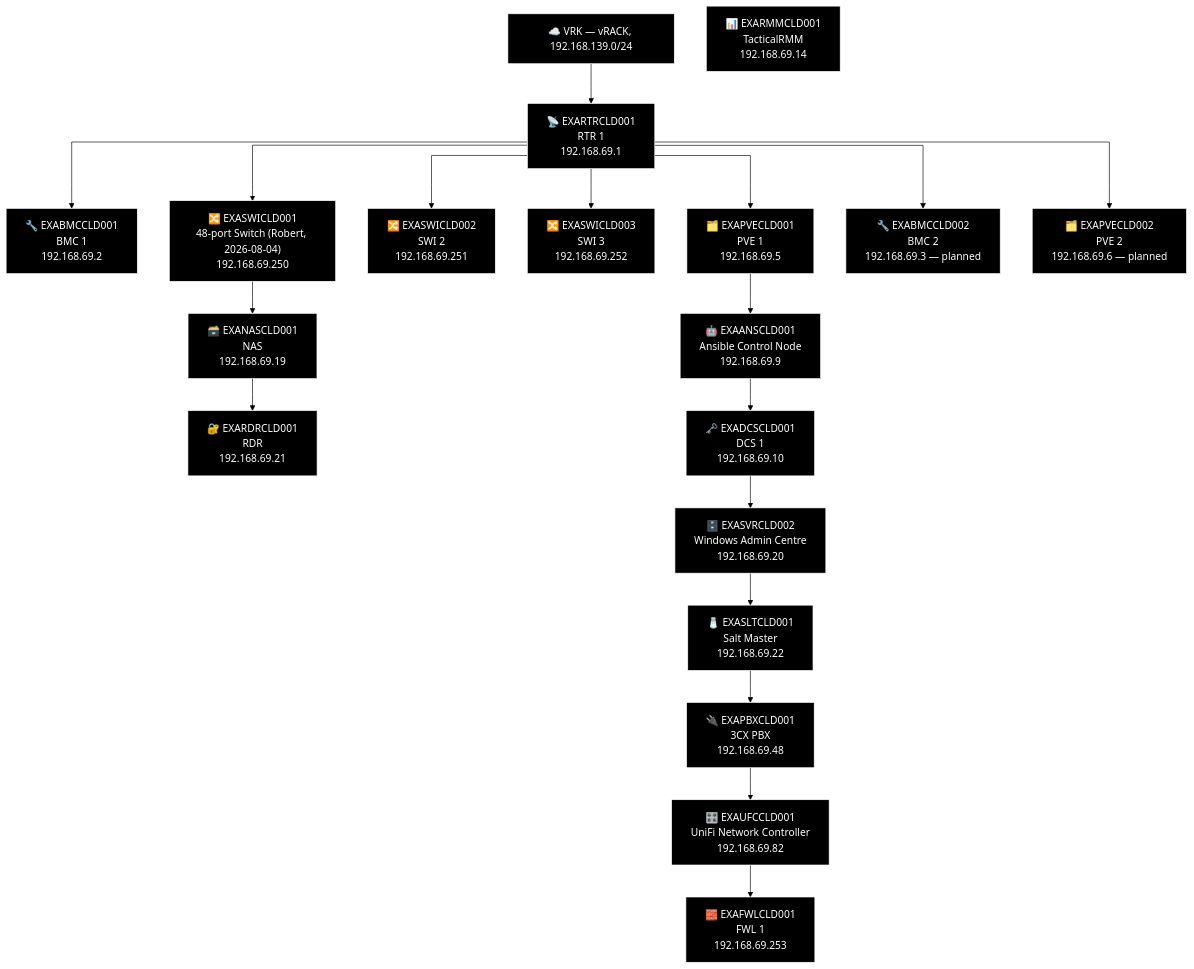
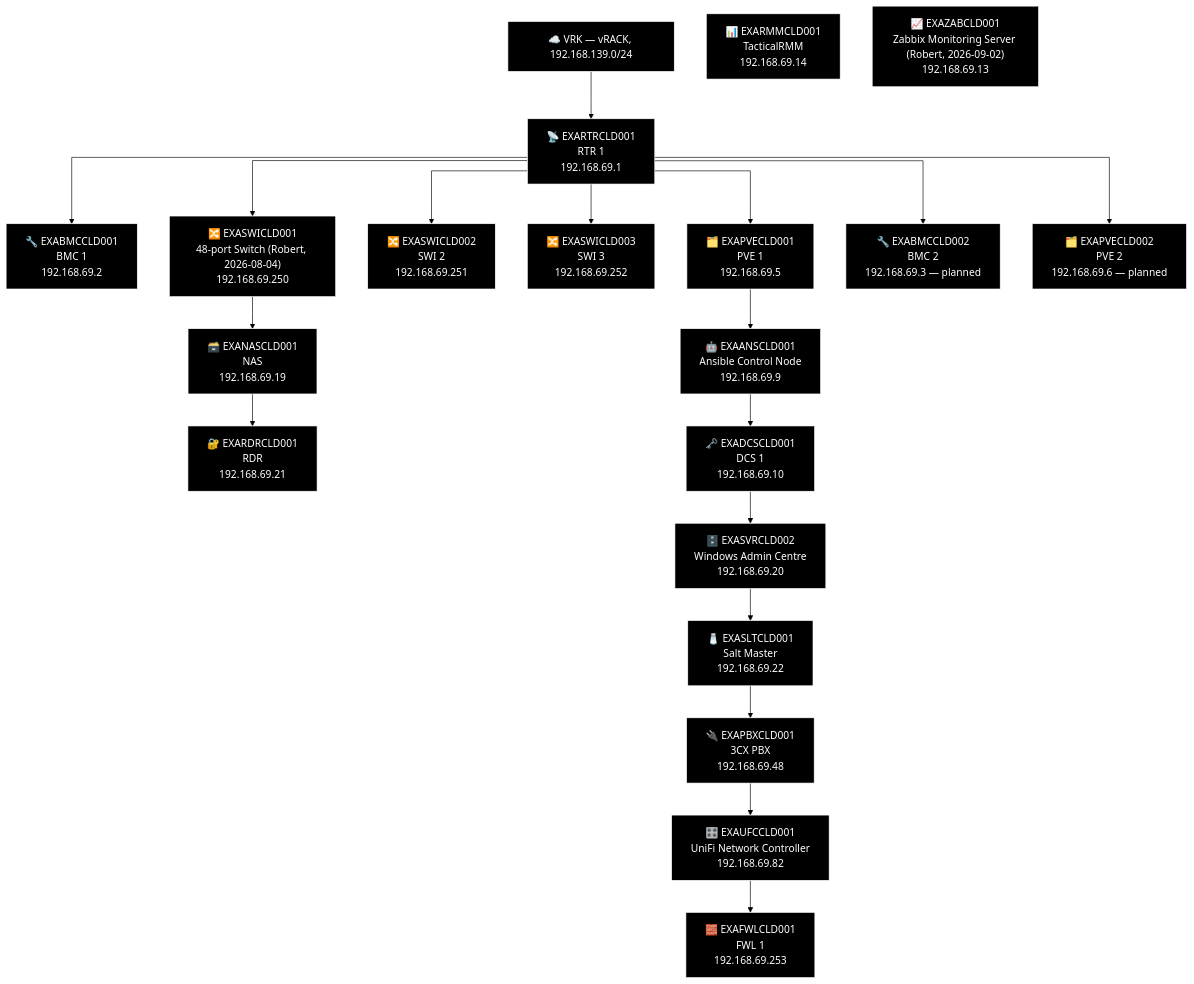
The second of 2 diagrams in docs/network-diagram/cld.md (knightmare2600/example_music_infra), drawn with Mermaid (forest theme) before and after one commit. The commit also changed 7 other files, not shown here.

First line of the commit message:
Add EXAZABCLD001 (ZAB, Zabbix monitoring server) to devices.csv and role_codes.csv

````diff
--- a/docs/network-diagram/cld.md
+++ b/docs/network-diagram/cld.md
@@ -44,54 +44,56 @@
 ```mermaid
 %% GENERATED:TOPOLOGY:CLD:START
 %%{init: {'flowchart': {'curve': 'stepAfter'}}}%%
 graph TD
     T_VRK["☁️ VRK — vRACK, 192.168.139.0/24"]
     T_RTR["📡 EXARTRCLD001<br/>RTR 1<br/>192.168.69.1"]
     T_VRK --> T_RTR
     T_BMC["🔧 EXABMCCLD001<br/>BMC 1<br/>192.168.69.2"]
     T_RTR --> T_BMC
     T_PVE["🗂️ EXAPVECLD001<br/>PVE 1<br/>192.168.69.5"]
     T_RTR --> T_PVE
     T_SWI["🔀 EXASWICLD002<br/>SWI 2<br/>192.168.69.251"]
     T_RTR --> T_SWI
     T_SWI2["🔀 EXASWICLD003<br/>SWI 3<br/>192.168.69.252"]
     T_RTR --> T_SWI2
     T_SWI3["🔀 EXASWICLD001<br/>48-port Switch (Robert, 2026-08-04)<br/>192.168.69.250"]
     T_RTR --> T_SWI3
     T_BMC2["🔧 EXABMCCLD002<br/>BMC 2<br/>192.168.69.3 — planned"]
     T_RTR --> T_BMC2
     T_PVE2["🗂️ EXAPVECLD002<br/>PVE 2<br/>192.168.69.6 — planned"]
     T_RTR --> T_PVE2
     T_NAS["🗃️ EXANASCLD001<br/>NAS<br/>192.168.69.19"]
     T_RDR["🔐 EXARDRCLD001<br/>RDR<br/>192.168.69.21"]
     T_SWI3 --> T_NAS --> T_RDR
     T_ANS["🤖 EXAANSCLD001<br/>Ansible Control Node<br/>192.168.69.9"]
     T_DCS["🗝️ EXADCSCLD001<br/>DCS 1<br/>192.168.69.10"]
     T_SVR["🗄️ EXASVRCLD002<br/>Windows Admin Centre<br/>192.168.69.20"]
     T_SLT["🧂 EXASLTCLD001<br/>Salt Master<br/>192.168.69.22"]
     T_PBX["🔌 EXAPBXCLD001<br/>3CX PBX<br/>192.168.69.48"]
     T_UFC["🎛️ EXAUFCCLD001<br/>UniFi Network Controller<br/>192.168.69.82"]
     T_FWL["🧱 EXAFWLCLD001<br/>FWL 1<br/>192.168.69.253"]
     T_PVE --> T_ANS --> T_DCS --> T_SVR --> T_SLT --> T_PBX --> T_UFC --> T_FWL
     T_RMM["📊 EXARMMCLD001<br/>TacticalRMM<br/>192.168.69.14"]
+    T_ZAB["📈 EXAZABCLD001<br/>Zabbix Monitoring Server (Robert, 2026-09-02)<br/>192.168.69.13"]
     style T_VRK fill:#000000,stroke:#FFFFFF,color:#FFFFFF
     style T_RTR fill:#000000,stroke:#FFFFFF,color:#FFFFFF
     style T_BMC fill:#000000,stroke:#FFFFFF,color:#FFFFFF
     style T_PVE fill:#000000,stroke:#FFFFFF,color:#FFFFFF
     style T_SWI fill:#000000,stroke:#FFFFFF,color:#FFFFFF
     style T_SWI2 fill:#000000,stroke:#FFFFFF,color:#FFFFFF
     style T_SWI3 fill:#000000,stroke:#FFFFFF,color:#FFFFFF
     style T_BMC2 fill:#000000,stroke:#FFFFFF,color:#FFFFFF
     style T_PVE2 fill:#000000,stroke:#FFFFFF,color:#FFFFFF
     style T_NAS fill:#000000,stroke:#FFFFFF,color:#FFFFFF
     style T_RDR fill:#000000,stroke:#FFFFFF,color:#FFFFFF
     style T_ANS fill:#000000,stroke:#FFFFFF,color:#FFFFFF
     style T_DCS fill:#000000,stroke:#FFFFFF,color:#FFFFFF
     style T_SVR fill:#000000,stroke:#FFFFFF,color:#FFFFFF
     style T_SLT fill:#000000,stroke:#FFFFFF,color:#FFFFFF
     style T_PBX fill:#000000,stroke:#FFFFFF,color:#FFFFFF
     style T_UFC fill:#000000,stroke:#FFFFFF,color:#FFFFFF
     style T_FWL fill:#000000,stroke:#FFFFFF,color:#FFFFFF
     style T_RMM fill:#000000,stroke:#FFFFFF,color:#FFFFFF
+    style T_ZAB fill:#000000,stroke:#FFFFFF,color:#FFFFFF
 %% GENERATED:TOPOLOGY:CLD:END
 ```
````
